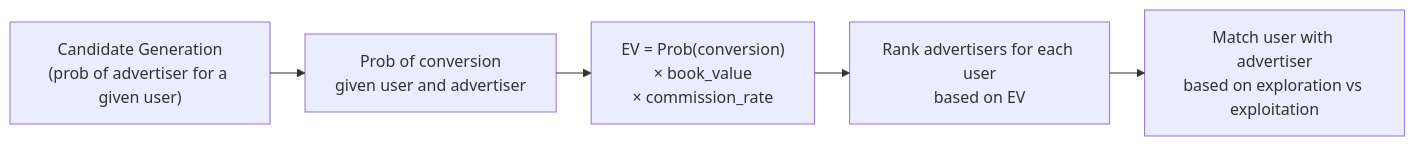
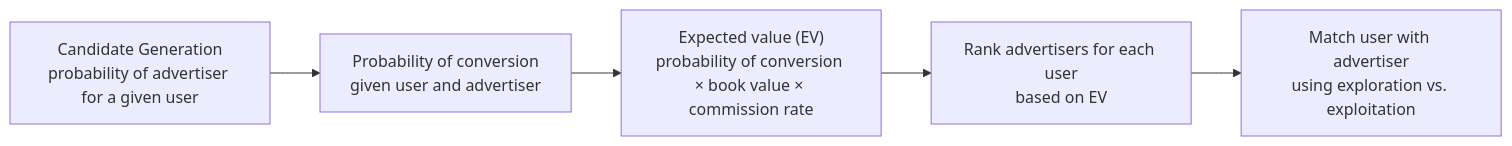
Before and after one commit to drfaizyahsan/expected-value-router-adtech: the diagram in README.md, drawn with Mermaid.

Commit message:
readme added

````diff
--- a/README.md
+++ b/README.md
@@ -6,11 +6,8 @@
 ```mermaid
----
-config:
-  layout: elk
----
 flowchart LR
-    A["Candidate Generation<br/>(prob of advertiser for a given user)"] --> B["Prob of conversion<br/>given user and advertiser"]
-    B --> C["EV = Prob(conversion)<br/>× book_value<br/>× commission_rate"]
+    A["Candidate Generation<br/>probability of advertiser for a given user"] -->
+    B["Probability of conversion<br/>given user and advertiser"]
+    B --> C["Expected value (EV)<br/>probability of conversion × book value × commission rate"]
     C --> D["Rank advertisers for each user<br/>based on EV"]
-    D --> E["Match user with advertiser<br/>based on exploration vs exploitation"]
+    D --> E["Match user with advertiser<br/>using exploration vs. exploitation"]
 ```
````
